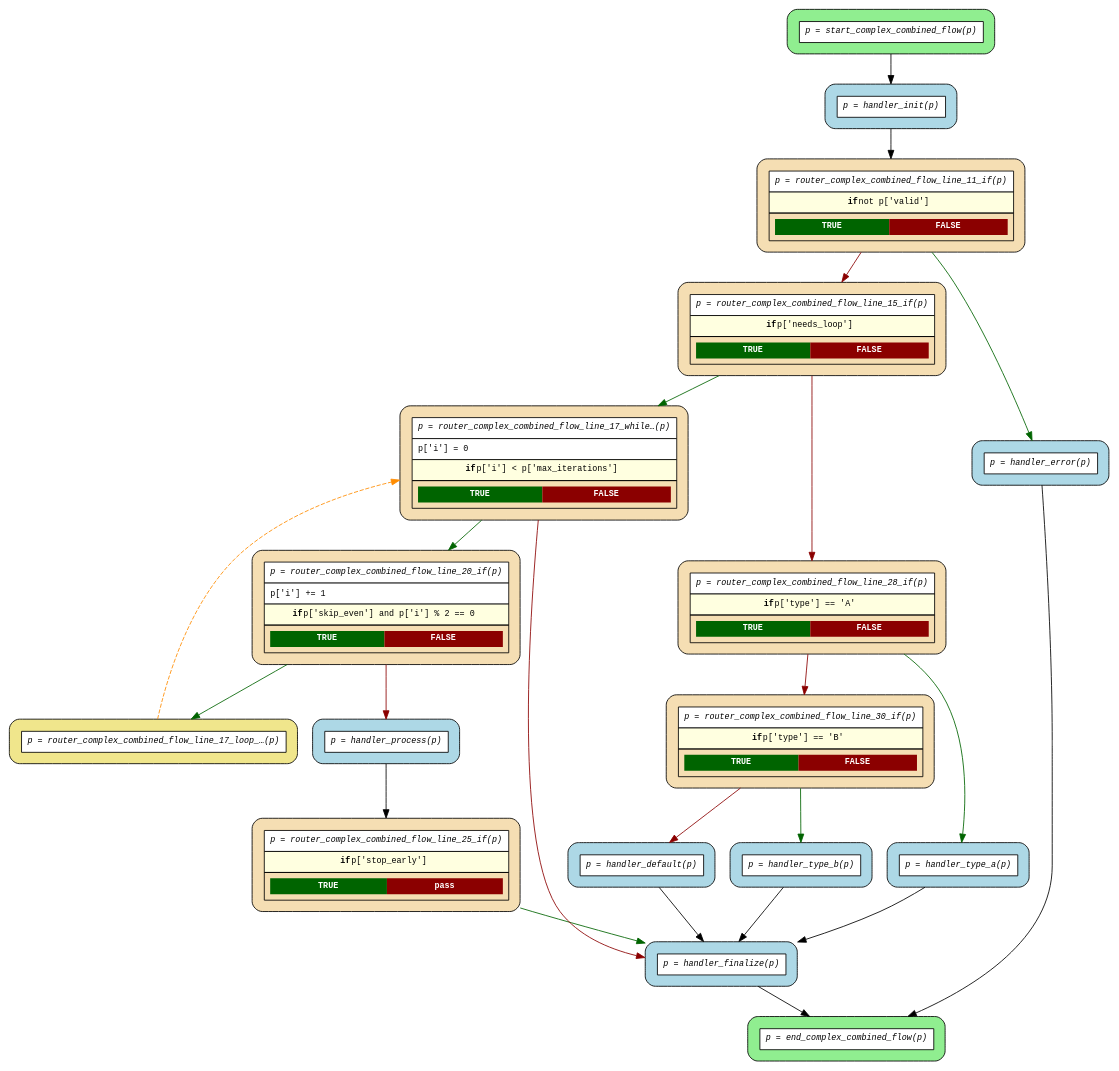
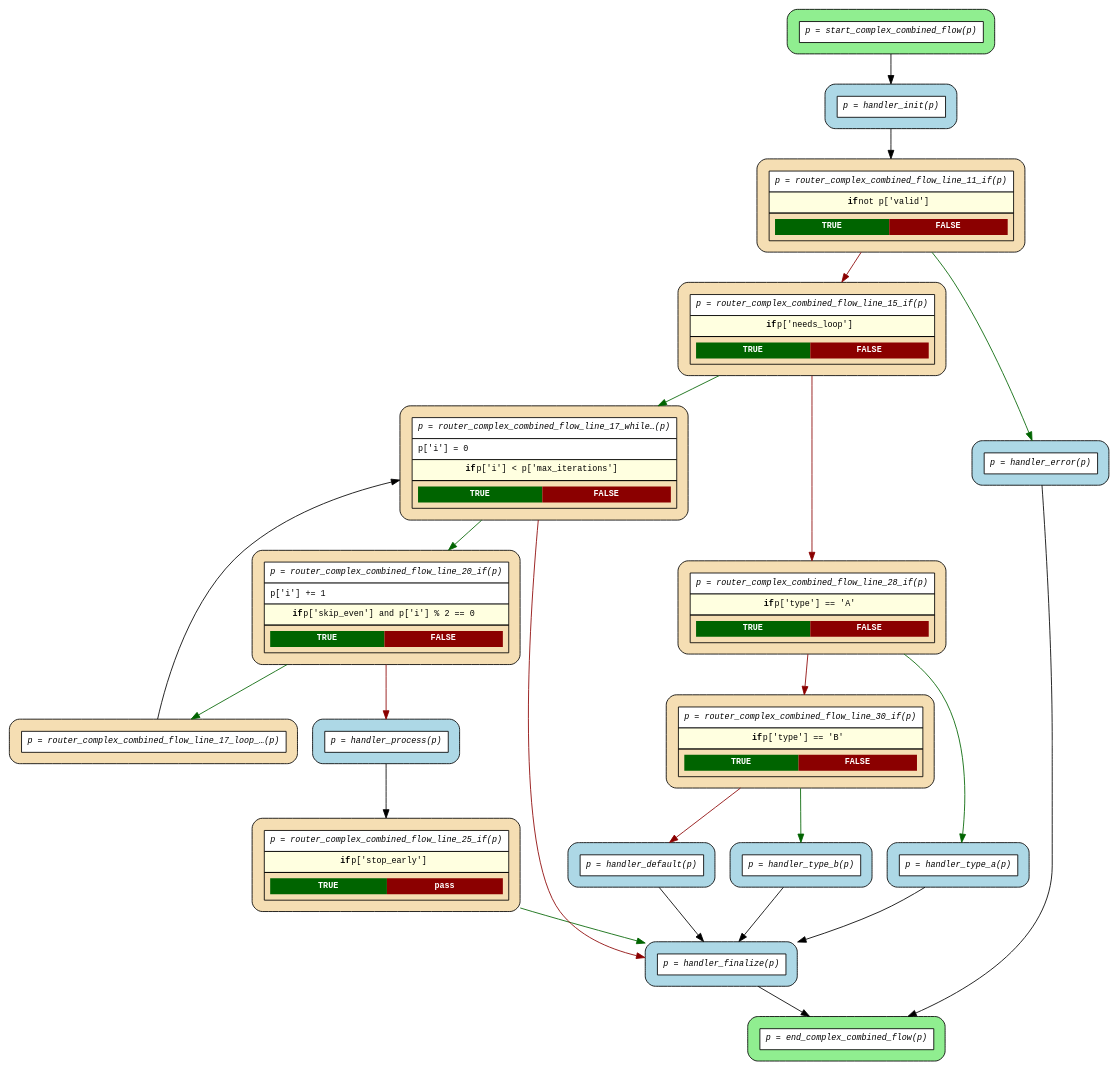
One commit to deliveryhero/asya changed the diagram in examples/flows/compiled/complex_combined/flow.dot. Above: the diagram before and after it, drawn with Graphviz. The commit also changed 27 other files, not shown here.

```diff
--- a/examples/flows/compiled/complex_combined/flow.dot
+++ b/examples/flows/compiled/complex_combined/flow.dot
@@ -1,47 +1,47 @@
 digraph flow {
   rankdir=TB;
   graph [fontname="Courier", fontsize=10];
   node [fontname="Courier", fontsize=10, shape=box, style="filled,rounded", margin="0.2"];
   edge [fontname="Courier", fontsize=10];
 
   start_complex_combined_flow [fillcolor="lightgreen", label=<<table border="0" cellspacing="0" cellpadding="6" cellborder="1"><tr><td bgcolor="white" align="center"><i>p = start_complex_combined_flow(p)</i></td></tr></table>>];
   router_complex_combined_flow_line_25_if [fillcolor="wheat", label=<<table border="0" cellspacing="0" cellpadding="6" cellborder="1"><tr><td bgcolor="white" align="center"><i>p = router_complex_combined_flow_line_25_if(p)</i></td></tr><tr><td bgcolor="lightyellow"><b>if</b> p['stop_early']</td></tr><tr><td><table border="0" cellspacing="0" cellpadding="4"><tr><td bgcolor="darkgreen"><font color="white"><b>TRUE</b></font></td><td bgcolor="darkred"><font color="white"><b>pass</b></font></td></tr></table></td></tr></table>>];
   router_complex_combined_flow_line_20_if [fillcolor="wheat", label=<<table border="0" cellspacing="0" cellpadding="6" cellborder="1"><tr><td bgcolor="white" align="center"><i>p = router_complex_combined_flow_line_20_if(p)</i></td></tr><tr><td bgcolor="white" align="left">p['i'] += 1</td></tr><tr><td bgcolor="lightyellow"><b>if</b> p['skip_even'] and p['i'] % 2 == 0</td></tr><tr><td><table border="0" cellspacing="0" cellpadding="4"><tr><td bgcolor="darkgreen"><font color="white"><b>TRUE</b></font></td><td bgcolor="darkred"><font color="white"><b>FALSE</b></font></td></tr></table></td></tr></table>>];
-  router_complex_combined_flow_line_17_loop_back_0 [fillcolor="khaki", label=<<table border="0" cellspacing="0" cellpadding="6" cellborder="1"><tr><td bgcolor="white" align="center"><i>p = router_complex_combined_flow_line_17_loop_…(p)</i></td></tr></table>>];
+  router_complex_combined_flow_line_17_loop_back_0 [fillcolor="wheat", label=<<table border="0" cellspacing="0" cellpadding="6" cellborder="1"><tr><td bgcolor="white" align="center"><i>p = router_complex_combined_flow_line_17_loop_…(p)</i></td></tr></table>>];
   router_complex_combined_flow_line_17_while_0 [fillcolor="wheat", label=<<table border="0" cellspacing="0" cellpadding="6" cellborder="1"><tr><td bgcolor="white" align="center"><i>p = router_complex_combined_flow_line_17_while…(p)</i></td></tr><tr><td bgcolor="white" align="left">p['i'] = 0</td></tr><tr><td bgcolor="lightyellow"><b>if</b> p['i'] &lt; p['max_iterations']</td></tr><tr><td><table border="0" cellspacing="0" cellpadding="4"><tr><td bgcolor="darkgreen"><font color="white"><b>TRUE</b></font></td><td bgcolor="darkred"><font color="white"><b>FALSE</b></font></td></tr></table></td></tr></table>>];
   router_complex_combined_flow_line_30_if [fillcolor="wheat", label=<<table border="0" cellspacing="0" cellpadding="6" cellborder="1"><tr><td bgcolor="white" align="center"><i>p = router_complex_combined_flow_line_30_if(p)</i></td></tr><tr><td bgcolor="lightyellow"><b>if</b> p['type'] == 'B'</td></tr><tr><td><table border="0" cellspacing="0" cellpadding="4"><tr><td bgcolor="darkgreen"><font color="white"><b>TRUE</b></font></td><td bgcolor="darkred"><font color="white"><b>FALSE</b></font></td></tr></table></td></tr></table>>];
   router_complex_combined_flow_line_28_if [fillcolor="wheat", label=<<table border="0" cellspacing="0" cellpadding="6" cellborder="1"><tr><td bgcolor="white" align="center"><i>p = router_complex_combined_flow_line_28_if(p)</i></td></tr><tr><td bgcolor="lightyellow"><b>if</b> p['type'] == 'A'</td></tr><tr><td><table border="0" cellspacing="0" cellpadding="4"><tr><td bgcolor="darkgreen"><font color="white"><b>TRUE</b></font></td><td bgcolor="darkred"><font color="white"><b>FALSE</b></font></td></tr></table></td></tr></table>>];
   router_complex_combined_flow_line_15_if [fillcolor="wheat", label=<<table border="0" cellspacing="0" cellpadding="6" cellborder="1"><tr><td bgcolor="white" align="center"><i>p = router_complex_combined_flow_line_15_if(p)</i></td></tr><tr><td bgcolor="lightyellow"><b>if</b> p['needs_loop']</td></tr><tr><td><table border="0" cellspacing="0" cellpadding="4"><tr><td bgcolor="darkgreen"><font color="white"><b>TRUE</b></font></td><td bgcolor="darkred"><font color="white"><b>FALSE</b></font></td></tr></table></td></tr></table>>];
   router_complex_combined_flow_line_11_if [fillcolor="wheat", label=<<table border="0" cellspacing="0" cellpadding="6" cellborder="1"><tr><td bgcolor="white" align="center"><i>p = router_complex_combined_flow_line_11_if(p)</i></td></tr><tr><td bgcolor="lightyellow"><b>if</b> not p['valid']</td></tr><tr><td><table border="0" cellspacing="0" cellpadding="4"><tr><td bgcolor="darkgreen"><font color="white"><b>TRUE</b></font></td><td bgcolor="darkred"><font color="white"><b>FALSE</b></font></td></tr></table></td></tr></table>>];
   end_complex_combined_flow [fillcolor="lightgreen", label=<<table border="0" cellspacing="0" cellpadding="6" cellborder="1"><tr><td bgcolor="white" align="center"><i>p = end_complex_combined_flow(p)</i></td></tr></table>>];
   handler_default [fillcolor="lightblue", label=<<table border="0" cellspacing="0" cellpadding="6" cellborder="1"><tr><td bgcolor="white" align="center"><i>p = handler_default(p)</i></td></tr></table>>];
   handler_error [fillcolor="lightblue", label=<<table border="0" cellspacing="0" cellpadding="6" cellborder="1"><tr><td bgcolor="white" align="center"><i>p = handler_error(p)</i></td></tr></table>>];
   handler_finalize [fillcolor="lightblue", label=<<table border="0" cellspacing="0" cellpadding="6" cellborder="1"><tr><td bgcolor="white" align="center"><i>p = handler_finalize(p)</i></td></tr></table>>];
   handler_init [fillcolor="lightblue", label=<<table border="0" cellspacing="0" cellpadding="6" cellborder="1"><tr><td bgcolor="white" align="center"><i>p = handler_init(p)</i></td></tr></table>>];
   handler_process [fillcolor="lightblue", label=<<table border="0" cellspacing="0" cellpadding="6" cellborder="1"><tr><td bgcolor="white" align="center"><i>p = handler_process(p)</i></td></tr></table>>];
   handler_type_a [fillcolor="lightblue", label=<<table border="0" cellspacing="0" cellpadding="6" cellborder="1"><tr><td bgcolor="white" align="center"><i>p = handler_type_a(p)</i></td></tr></table>>];
   handler_type_b [fillcolor="lightblue", label=<<table border="0" cellspacing="0" cellpadding="6" cellborder="1"><tr><td bgcolor="white" align="center"><i>p = handler_type_b(p)</i></td></tr></table>>];
 
   handler_default -> handler_finalize;
   handler_error -> end_complex_combined_flow;
   handler_finalize -> end_complex_combined_flow;
   handler_init -> router_complex_combined_flow_line_11_if;
   handler_process -> router_complex_combined_flow_line_25_if;
   handler_type_a -> handler_finalize;
   handler_type_b -> handler_finalize;
   router_complex_combined_flow_line_11_if -> handler_error [color=darkgreen];
   router_complex_combined_flow_line_11_if -> router_complex_combined_flow_line_15_if [color=darkred];
   router_complex_combined_flow_line_15_if -> router_complex_combined_flow_line_17_while_0 [color=darkgreen];
   router_complex_combined_flow_line_15_if -> router_complex_combined_flow_line_28_if [color=darkred];
-  router_complex_combined_flow_line_17_loop_back_0 -> router_complex_combined_flow_line_17_while_0 [style=dashed, color=darkorange, constraint=false];
+  router_complex_combined_flow_line_17_loop_back_0 -> router_complex_combined_flow_line_17_while_0 [constraint=false];
   router_complex_combined_flow_line_17_while_0 -> handler_finalize [color=darkred];
   router_complex_combined_flow_line_17_while_0 -> router_complex_combined_flow_line_20_if [color=darkgreen];
   router_complex_combined_flow_line_20_if -> handler_process [color=darkred];
   router_complex_combined_flow_line_20_if -> router_complex_combined_flow_line_17_loop_back_0 [color=darkgreen];
   router_complex_combined_flow_line_25_if -> handler_finalize [color=darkgreen];
   router_complex_combined_flow_line_28_if -> handler_type_a [color=darkgreen];
   router_complex_combined_flow_line_28_if -> router_complex_combined_flow_line_30_if [color=darkred];
   router_complex_combined_flow_line_30_if -> handler_default [color=darkred];
   router_complex_combined_flow_line_30_if -> handler_type_b [color=darkgreen];
   start_complex_combined_flow -> handler_init;
 }
```
